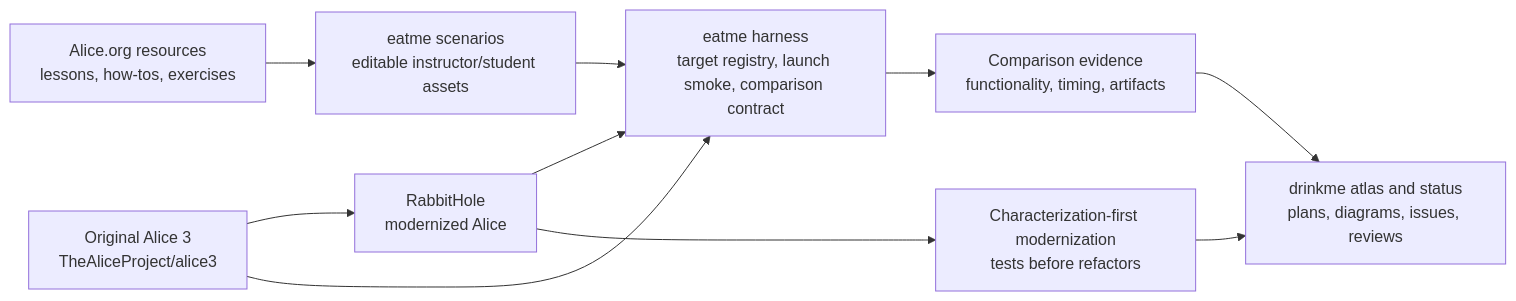
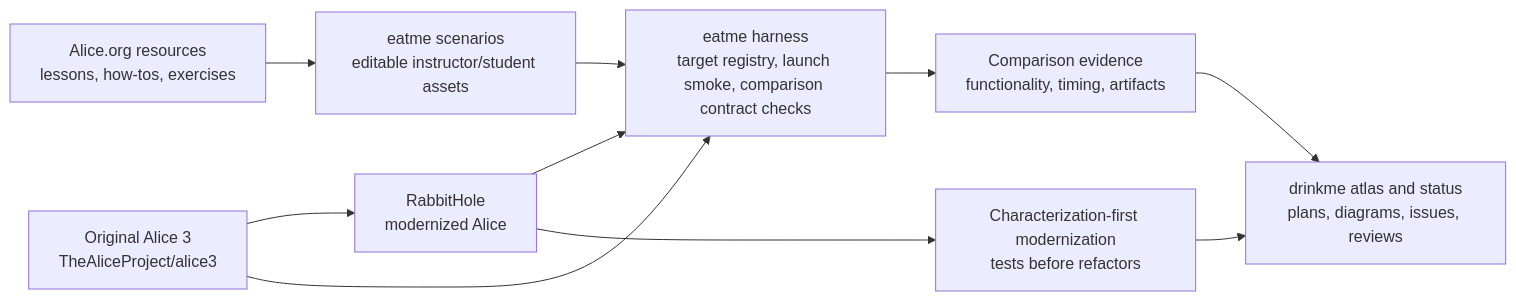
One commit to rysweet/drinkme changed the first of 6 diagrams in README.md. Above: the diagram before and after it, drawn with Mermaid. The commit also changed other lines of this file, not shown here.

````diff
--- a/README.md
+++ b/README.md
@@ -14,12 +14,12 @@
 ```mermaid
 flowchart LR
   A["Original Alice 3<br/>TheAliceProject/alice3"] --> B["RabbitHole<br/>modernized Alice"]
   C["Alice.org resources<br/>lessons, how-tos, exercises"] --> D["eatme scenarios<br/>editable instructor/student assets"]
-  D --> E["eatme harness<br/>target registry, launch smoke, comparison contract"]
+  D --> E["eatme harness<br/>target registry, launch smoke, comparison contract checks"]
   A --> E
   B --> E
   E --> F["Comparison evidence<br/>functionality, timing, artifacts"]
   B --> G["Characterization-first modernization<br/>tests before refactors"]
   G --> H["drinkme atlas and status<br/>plans, diagrams, issues, reviews"]
   F --> H
 ```
````
